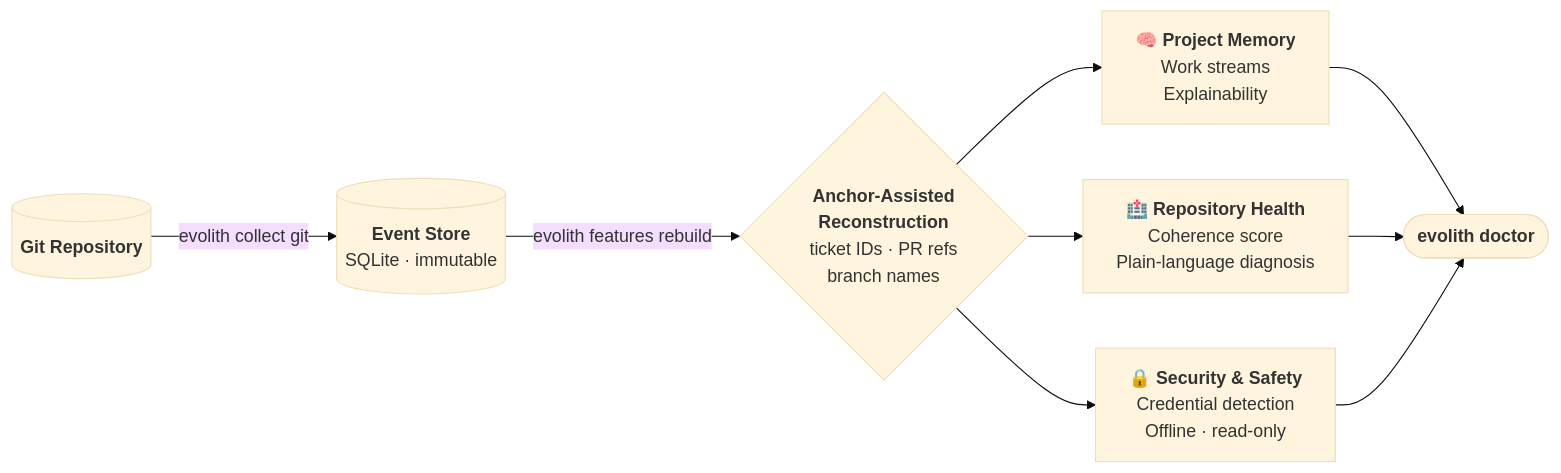
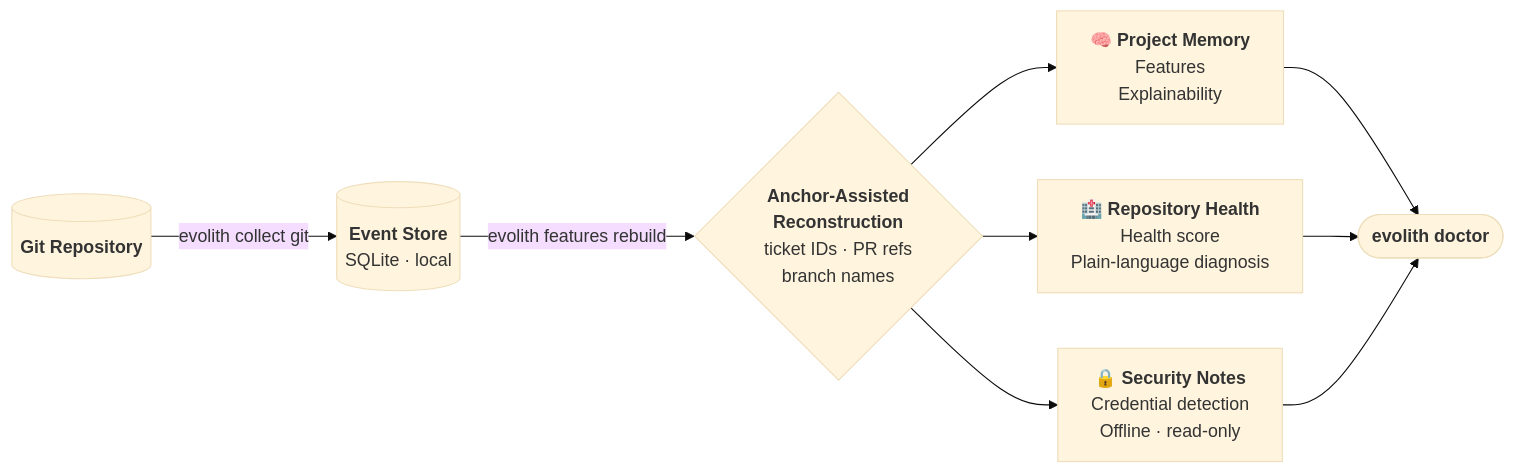
One commit to thulasiramk-2310/Evolith changed the diagram in README.md. Above: the diagram before and after it, drawn with Mermaid (base theme). The commit also changed other lines of this file and 6 other files, not shown here.

First line of the commit message:
refactor: rebrand to Evolith-only, redesign CLI language, add release workflow

````diff
--- a/README.md
+++ b/README.md
@@ -90,11 +179,11 @@
 ```mermaid
 flowchart LR
-    A[("<b>Git Repository</b>")] -->|"evolith collect git"| B[("<b>Event Store</b><br/>SQLite · immutable")]
+    A[("<b>Git Repository</b>")] -->|"evolith collect git"| B[("<b>Event Store</b><br/>SQLite · local")]
     B -->|"evolith features rebuild"| C{"<b>Anchor-Assisted<br/>Reconstruction</b><br/>ticket IDs · PR refs<br/>branch names"}
-    C --> D["🧠 <b>Project Memory</b><br/>Work streams<br/>Explainability"]
-    C --> E["🏥 <b>Repository Health</b><br/>Coherence score<br/>Plain-language diagnosis"]
-    C --> F["🔒 <b>Security & Safety</b><br/>Credential detection<br/>Offline · read-only"]
+    C --> D["🧠 <b>Project Memory</b><br/>Features<br/>Explainability"]
+    C --> E["🏥 <b>Repository Health</b><br/>Health score<br/>Plain-language diagnosis"]
+    C --> F["🔒 <b>Security Notes</b><br/>Credential detection<br/>Offline · read-only"]
     D --> G(["<b>evolith doctor</b>"])
     E --> G
     F --> G
 ```
````
